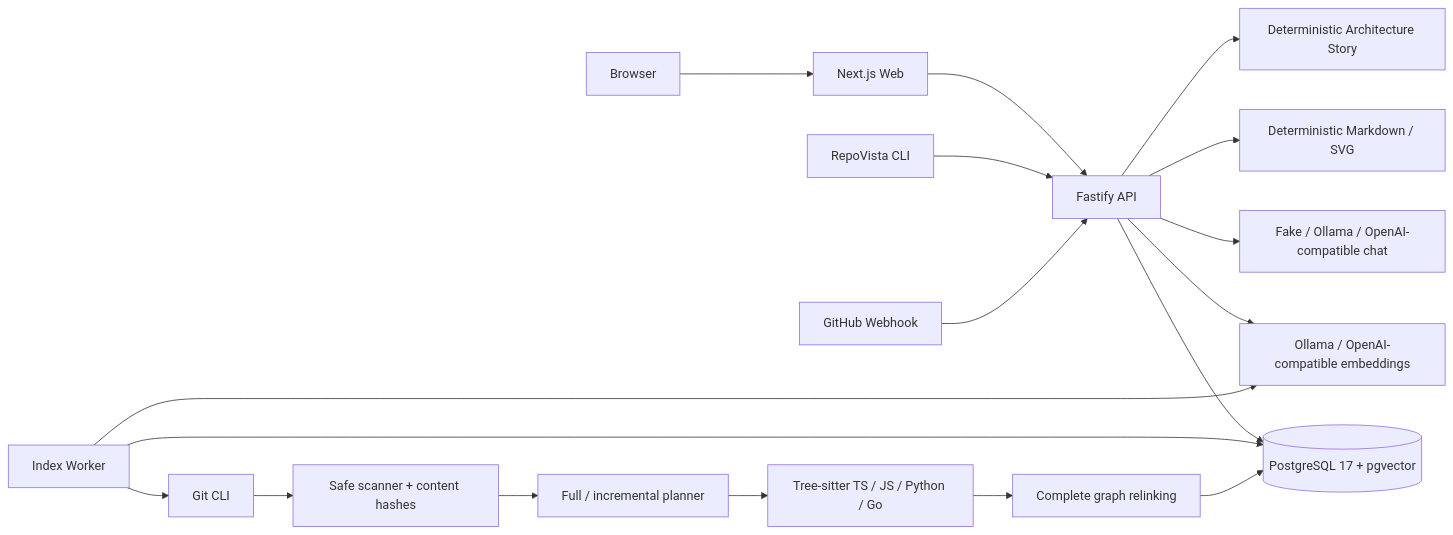
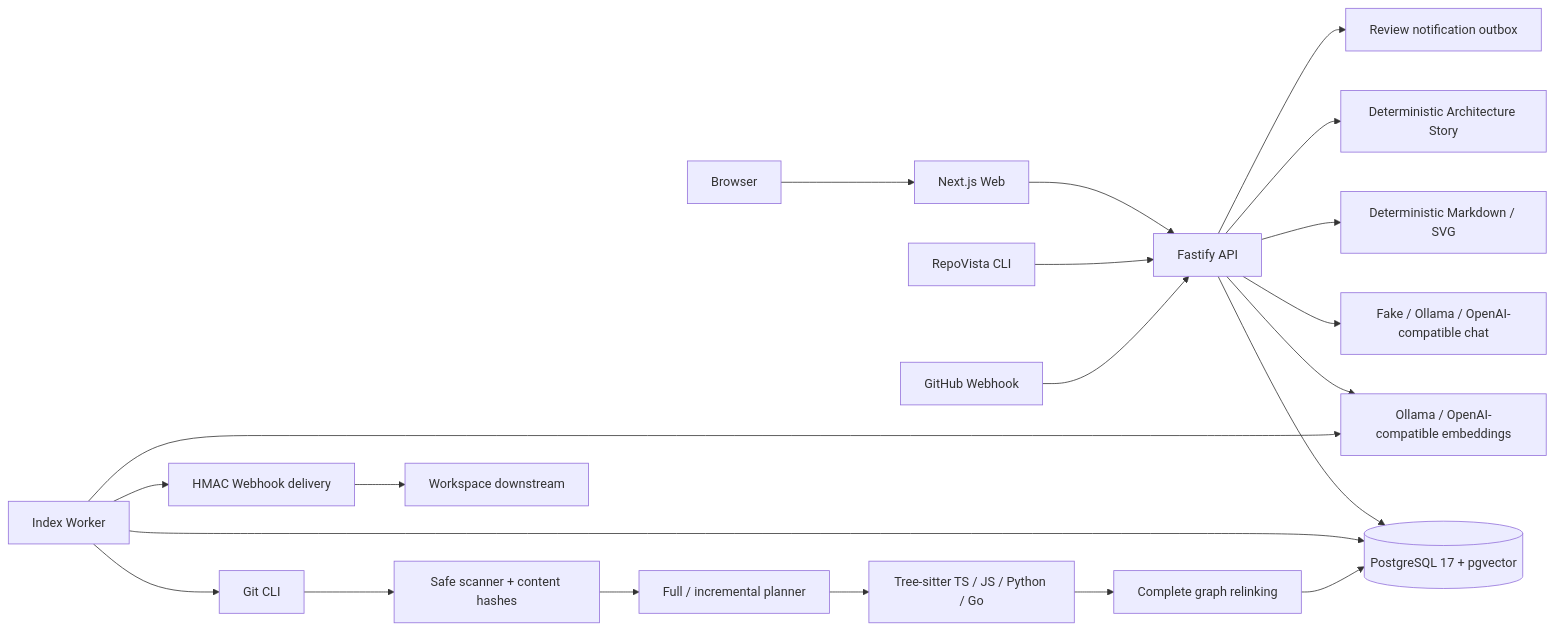
Before and after one commit to githubyangjiaxun/repovista: the diagram in docs/architecture/系统架构.md, drawn with Mermaid. The commit also changed other lines of this file and 68 other files, not shown here.

Commit message:
feat(v1.3): add review timeline and signed notifications

````diff
--- a/docs/architecture/系统架构.md
+++ b/docs/architecture/系统架构.md
@@ -27,20 +27,23 @@
 ```mermaid
 flowchart LR
     Browser[Browser] --> Web[Next.js Web]
     Web --> API[Fastify API]
     CLI[RepoVista CLI] --> API
     GitHub[GitHub Webhook] --> API
     API --> PG[(PostgreSQL 17 + pgvector)]
     API --> Chat[Fake / Ollama / OpenAI-compatible chat]
     API --> Embed[Ollama / OpenAI-compatible embeddings]
     API --> Exporter[Deterministic Markdown / SVG]
     API --> Story[Deterministic Architecture Story]
+    API --> Outbox[Review notification outbox]
     Worker[Index Worker] --> PG
     Worker --> Embed
     Worker --> Git[Git CLI]
     Git --> Scan[Safe scanner + content hashes]
     Scan --> Plan[Full / incremental planner]
     Plan --> Parser[Tree-sitter TS / JS / Python / Go]
     Parser --> Graph[Complete graph relinking]
     Graph --> PG
+    Worker --> Notify[HMAC Webhook delivery]
+    Notify --> External[Workspace downstream]
 ```
````
